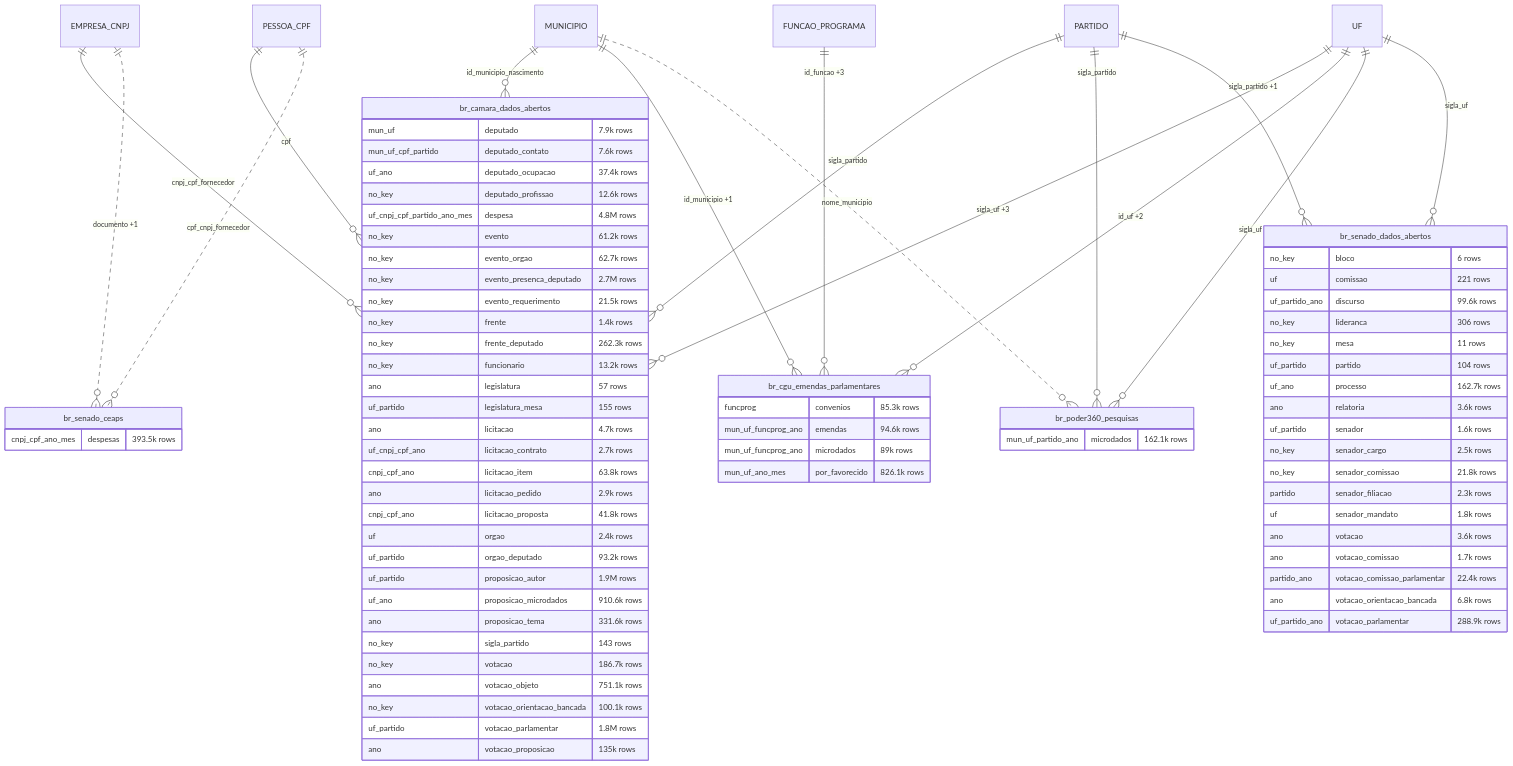
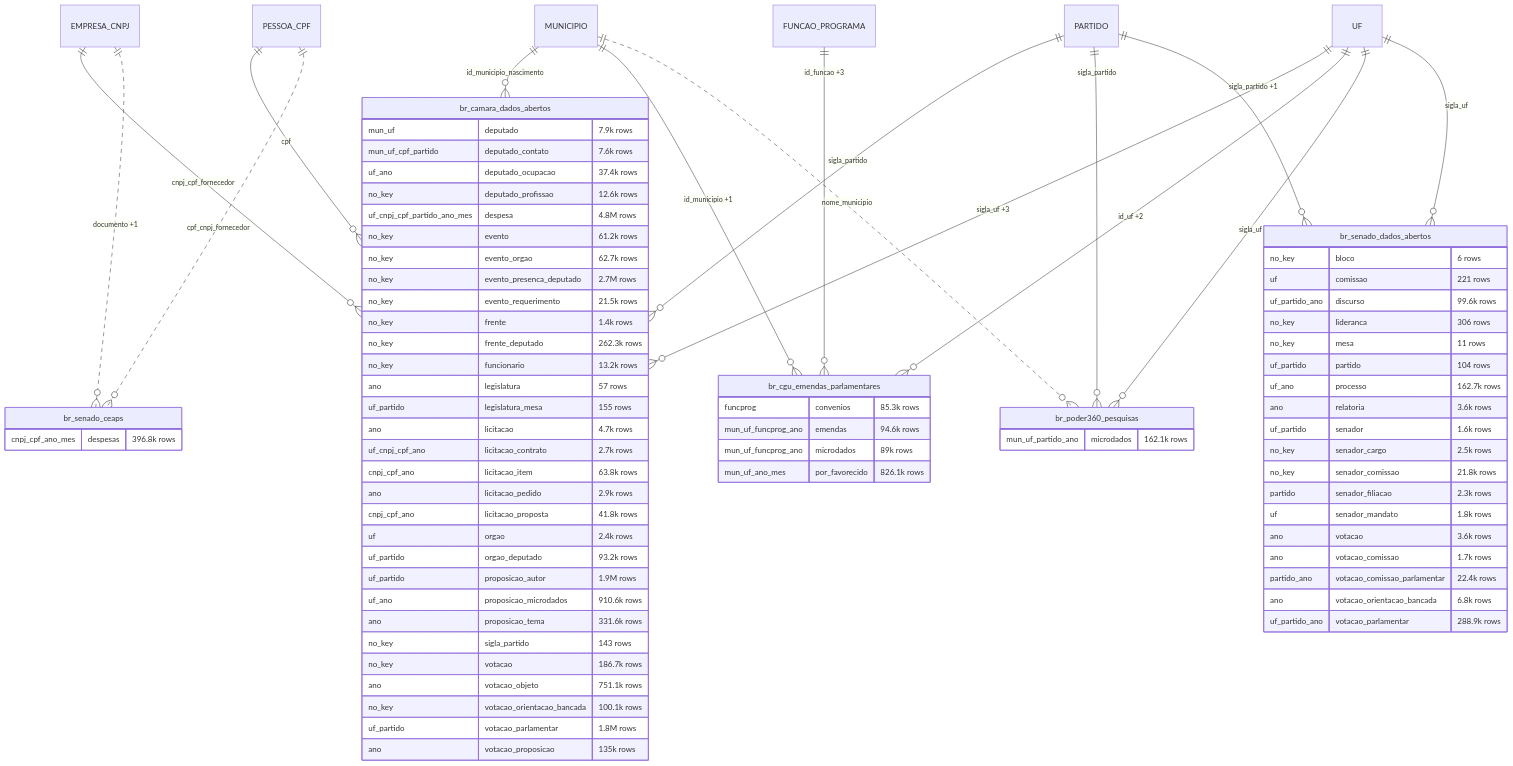
Diagram 16 of 29 in docs/mapa/ERD_EN.md (rafapolo/rodado), drawn with Mermaid before and after one commit. The commit also changed other lines of this file and 16 other files, not shown here.

````diff
--- a/docs/mapa/ERD_EN.md
+++ b/docs/mapa/ERD_EN.md
@@ -1406,82 +1447,82 @@
 ```mermaid
 erDiagram
     EMPRESA_CNPJ ||--o{ br_camara_dados_abertos : "cnpj_cpf_fornecedor"
     MUNICIPIO ||--o{ br_camara_dados_abertos : "id_municipio_nascimento"
     PARTIDO ||--o{ br_camara_dados_abertos : "sigla_partido"
     PESSOA_CPF ||--o{ br_camara_dados_abertos : "cpf"
     UF ||--o{ br_camara_dados_abertos : "sigla_uf +3"
     FUNCAO_PROGRAMA ||--o{ br_cgu_emendas_parlamentares : "id_funcao +3"
     MUNICIPIO ||--o{ br_cgu_emendas_parlamentares : "id_municipio +1"
     UF ||--o{ br_cgu_emendas_parlamentares : "id_uf +2"
     MUNICIPIO ||..o{ br_poder360_pesquisas : "nome_municipio"
     PARTIDO ||--o{ br_poder360_pesquisas : "sigla_partido"
     UF ||--o{ br_poder360_pesquisas : "sigla_uf"
     EMPRESA_CNPJ ||..o{ br_senado_ceaps : "documento +1"
     PESSOA_CPF ||..o{ br_senado_ceaps : "cpf_cnpj_fornecedor"
     PARTIDO ||--o{ br_senado_dados_abertos : "sigla_partido +1"
     UF ||--o{ br_senado_dados_abertos : "sigla_uf"
     br_camara_dados_abertos {
         mun_uf deputado "7.9k rows"
         mun_uf_cpf_partido deputado_contato "7.6k rows"
         uf_ano deputado_ocupacao "37.4k rows"
         no_key deputado_profissao "12.6k rows"
         uf_cnpj_cpf_partido_ano_mes despesa "4.8M rows"
         no_key evento "61.2k rows"
         no_key evento_orgao "62.7k rows"
         no_key evento_presenca_deputado "2.7M rows"
         no_key evento_requerimento "21.5k rows"
         no_key frente "1.4k rows"
         no_key frente_deputado "262.3k rows"
         no_key funcionario "13.2k rows"
         ano legislatura "57 rows"
         uf_partido legislatura_mesa "155 rows"
         ano licitacao "4.7k rows"
         uf_cnpj_cpf_ano licitacao_contrato "2.7k rows"
         cnpj_cpf_ano licitacao_item "63.8k rows"
         ano licitacao_pedido "2.9k rows"
         cnpj_cpf_ano licitacao_proposta "41.8k rows"
         uf orgao "2.4k rows"
         uf_partido orgao_deputado "93.2k rows"
         uf_partido proposicao_autor "1.9M rows"
         uf_ano proposicao_microdados "910.6k rows"
         ano proposicao_tema "331.6k rows"
         no_key sigla_partido "143 rows"
         no_key votacao "186.7k rows"
         ano votacao_objeto "751.1k rows"
         no_key votacao_orientacao_bancada "100.1k rows"
         uf_partido votacao_parlamentar "1.8M rows"
         ano votacao_proposicao "135k rows"
     }
     br_cgu_emendas_parlamentares {
         funcprog convenios "85.3k rows"
         mun_uf_funcprog_ano emendas "94.6k rows"
         mun_uf_funcprog_ano microdados "89k rows"
         mun_uf_ano_mes por_favorecido "826.1k rows"
     }
     br_poder360_pesquisas {
         mun_uf_partido_ano microdados "162.1k rows"
     }
     br_senado_ceaps {
-        cnpj_cpf_ano_mes despesas "393.5k rows"
+        cnpj_cpf_ano_mes despesas "396.8k rows"
     }
     br_senado_dados_abertos {
         no_key bloco "6 rows"
         uf comissao "221 rows"
         uf_partido_ano discurso "99.6k rows"
         no_key lideranca "306 rows"
         no_key mesa "11 rows"
         uf_partido partido "104 rows"
         uf_ano processo "162.7k rows"
         ano relatoria "3.6k rows"
         uf_partido senador "1.6k rows"
         no_key senador_cargo "2.5k rows"
         no_key senador_comissao "21.8k rows"
         partido senador_filiacao "2.3k rows"
         uf senador_mandato "1.8k rows"
         ano votacao "3.6k rows"
         ano votacao_comissao "1.7k rows"
         partido_ano votacao_comissao_parlamentar "22.4k rows"
         ano votacao_orientacao_bancada "6.8k rows"
         uf_partido_ano votacao_parlamentar "288.9k rows"
     }
 ```
````
